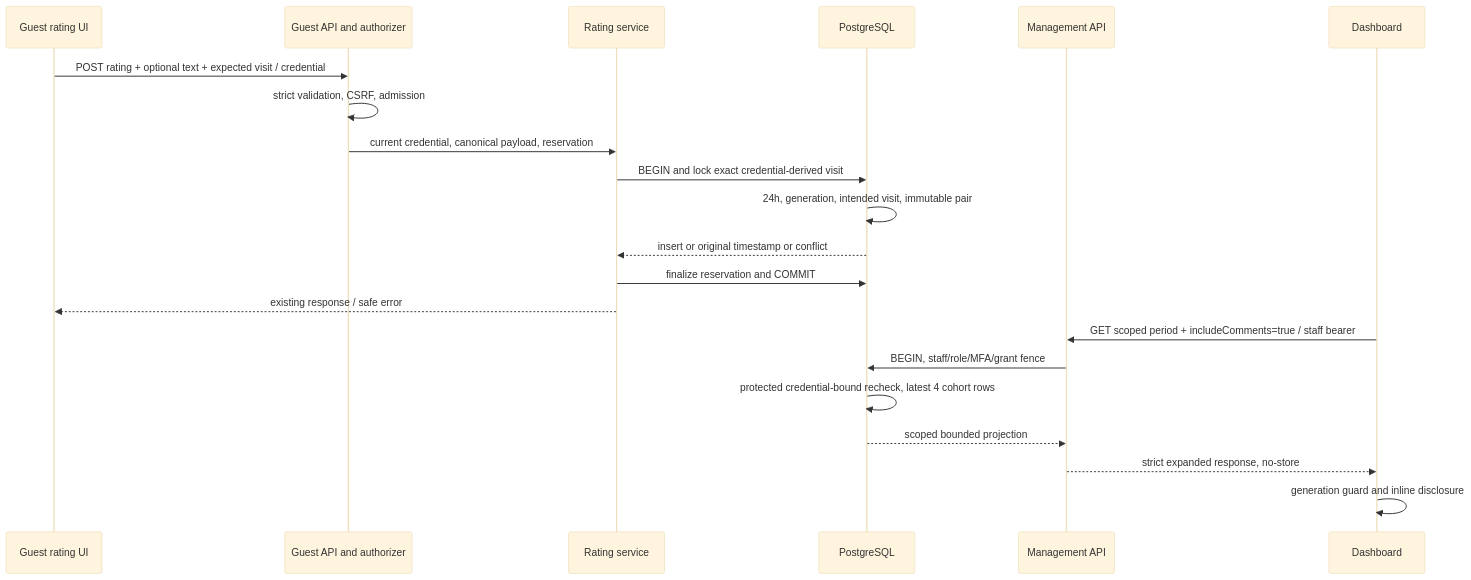
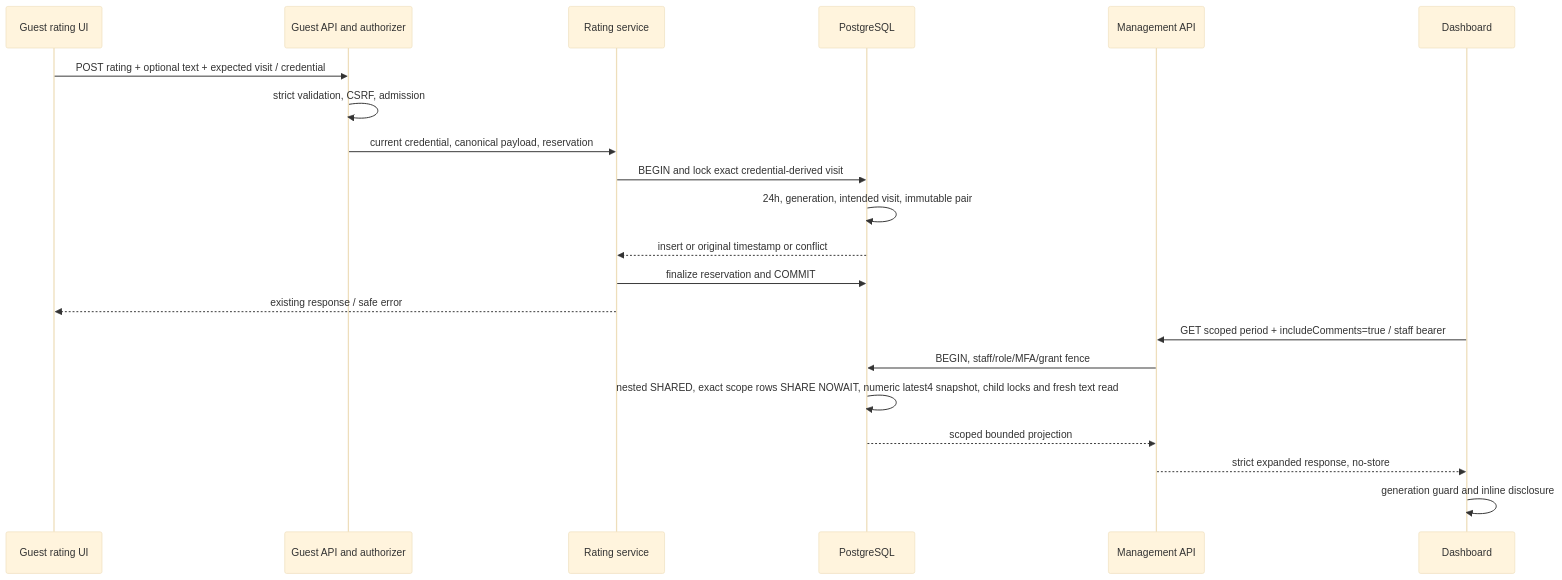
Before and after one commit to yamanradwan1-rgb/valet-platform: the first of 9 diagrams in docs/plans/ISSUE_463_GUEST_RATING_COMMENTS_IMPLEMENTATION_PLAN.md, drawn with Mermaid (base theme). The commit also changed other lines of this file, not shown here.

Commit message:
docs: close issue 463 P0 architecture decisions in plan v1.1

````diff
--- a/docs/plans/ISSUE_463_GUEST_RATING_COMMENTS_IMPLEMENTATION_PLAN.md
+++ b/docs/plans/ISSUE_463_GUEST_RATING_COMMENTS_IMPLEMENTATION_PLAN.md
@@ -272,23 +360,23 @@
 ```mermaid
 sequenceDiagram
  participant G as Guest rating UI
  participant A as Guest API and authorizer
  participant S as Rating service
  participant P as PostgreSQL
  participant M as Management API
  participant D as Dashboard
  G->>A: POST rating + optional text + expected visit / credential
  A->>A: strict validation, CSRF, admission
  A->>S: current credential, canonical payload, reservation
  S->>P: BEGIN and lock exact credential-derived visit
  P->>P: 24h, generation, intended visit, immutable pair
  P-->>S: insert or original timestamp or conflict
  S->>P: finalize reservation and COMMIT
  S-->>G: existing response / safe error
  D->>M: GET scoped period + includeComments=true / staff bearer
  M->>P: BEGIN, staff/role/MFA/grant fence
- P->>P: protected credential-bound recheck, latest 4 cohort rows
+ P->>P: nested SHARED, exact scope rows SHARE NOWAIT, numeric latest4 snapshot, child locks and fresh text read
  P-->>M: scoped bounded projection
  M-->>D: strict expanded response, no-store
  D->>D: generation guard and inline disclosure
 ```
````
